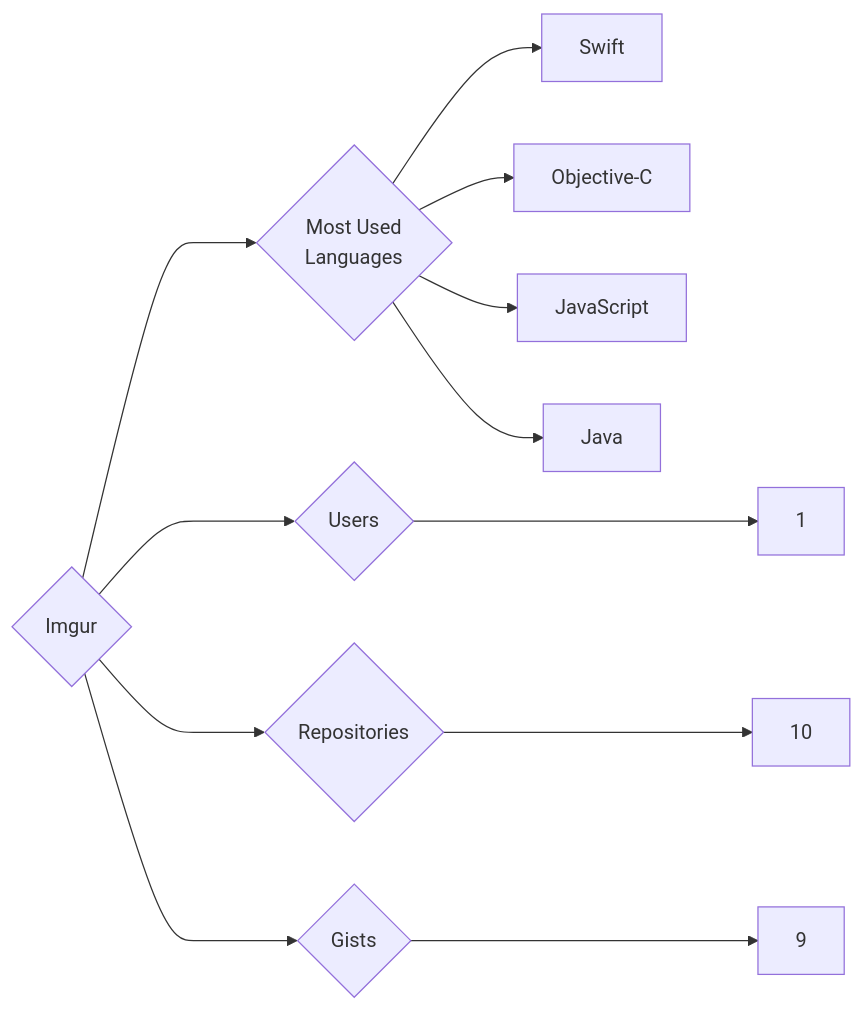
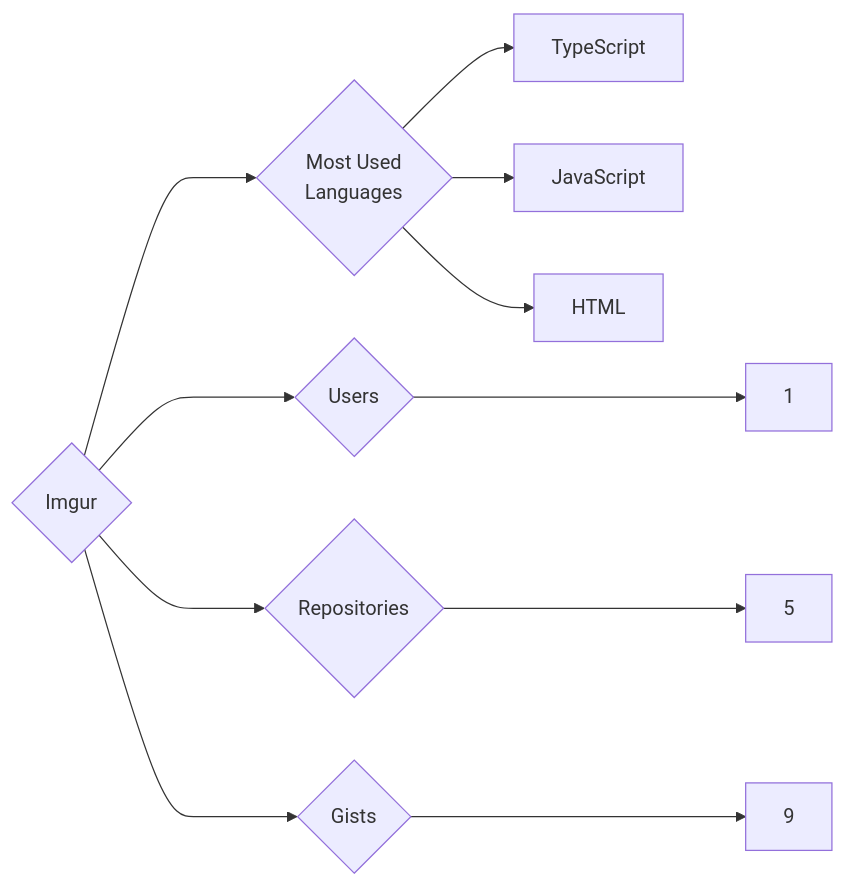
Before and after one commit to trickest/insiders: the diagram in targets/Imgur/README.md, drawn with Mermaid. The commit also changed 718 other files, not shown here.

````diff
--- a/targets/Imgur/README.md
+++ b/targets/Imgur/README.md
@@ -3,12 +3,11 @@
 ```mermaid
 graph LR
 COMPANY_NAME{Imgur}
 COMPANY_NAME ---> U{Users} ---> UN[1]
-COMPANY_NAME ---> R{Repositories} ---> RN[10]
+COMPANY_NAME ---> R{Repositories} ---> RN[5]
 COMPANY_NAME ---> G{Gists} ---> GN[9]
 COMPANY_NAME ---> ML{Most Used<br>Languages}
-ML --> Swift[Swift]
-ML --> Objective-C[Objective-C]
+ML --> TypeScript[TypeScript]
 ML --> JavaScript[JavaScript]
-ML --> Java[Java]
+ML --> HTML[HTML]
 ```
````
